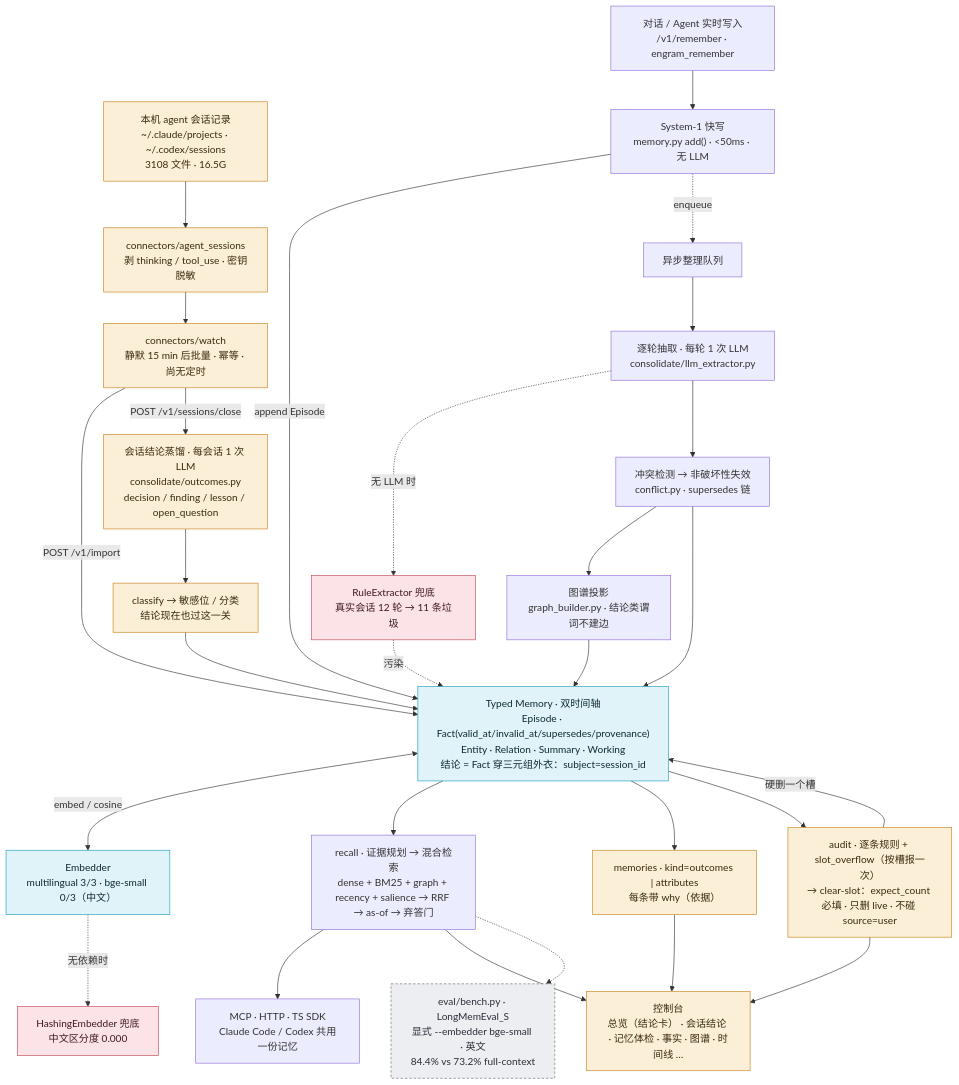
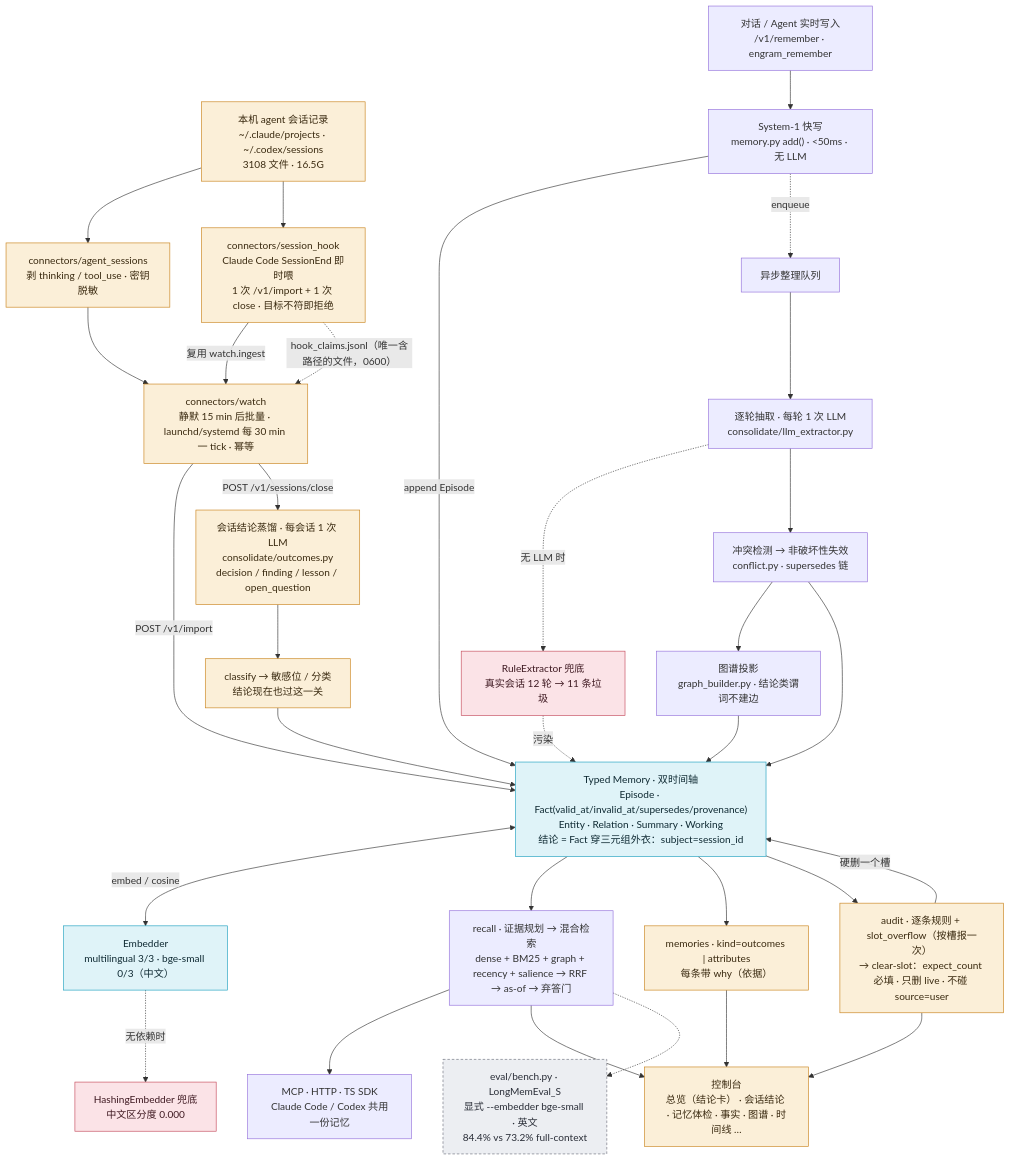
Before and after one commit to ly-wang19/engram: the diagram in docs/architecture-optimization-map.zh-CN.md, drawn with Mermaid. The commit also changed other lines of this file and 10 other files, not shown here.

````diff
--- a/docs/architecture-optimization-map.zh-CN.md
+++ b/docs/architecture-optimization-map.zh-CN.md
@@ -36,68 +36,72 @@
 ```mermaid
 flowchart TD
   SRC_A["对话 / Agent 实时写入<br/>/v1/remember · engram_remember"]
   SRC_B["本机 agent 会话记录<br/>~/.claude/projects · ~/.codex/sessions<br/>3108 文件 · 16.5G"]
 
   S1["System-1 快写<br/>memory.py add() · <50ms · 无 LLM"]
   Q["异步整理队列"]
   EXT["逐轮抽取 · 每轮 1 次 LLM<br/>consolidate/llm_extractor.py"]
   RULE["RuleExtractor 兜底<br/>真实会话 12 轮 → 11 条垃圾"]
 
   PARSE["connectors/agent_sessions<br/>剥 thinking / tool_use · 密钥脱敏"]
-  WATCH["connectors/watch<br/>静默 15 min 后批量 · 幂等 · 尚无定时"]
+  WATCH["connectors/watch<br/>静默 15 min 后批量 · launchd/systemd 每 30 min 一 tick · 幂等"]
+  HOOK["connectors/session_hook<br/>Claude Code SessionEnd 即时喂<br/>1 次 /v1/import + 1 次 close · 目标不符即拒绝"]
   OUT["会话结论蒸馏 · 每会话 1 次 LLM<br/>consolidate/outcomes.py<br/>decision / finding / lesson / open_question"]
 
   CF["冲突检测 → 非破坏性失效<br/>conflict.py · supersedes 链"]
   GB["图谱投影<br/>graph_builder.py · 结论类谓词不建边"]
   CLS["classify → 敏感位 / 分类<br/>结论现在也过这一关"]
 
   CORE["Typed Memory · 双时间轴<br/>Episode · Fact(valid_at/invalid_at/supersedes/provenance)<br/>Entity · Relation · Summary · Working<br/>结论 = Fact 穿三元组外衣：subject=session_id"]
   EMB["Embedder<br/>multilingual 3/3 · bge-small 0/3（中文）"]
   HASH["HashingEmbedder 兜底<br/>中文区分度 0.000"]
 
   RECALL["recall · 证据规划 → 混合检索<br/>dense + BM25 + graph + recency + salience → RRF → as-of → 弃答门"]
   LIST["memories · kind=outcomes | attributes<br/>每条带 why（依据）"]
   AUDIT["audit · 逐条规则 + slot_overflow（按槽报一次）<br/>→ clear-slot：expect_count 必填 · 只删 live · 不碰 source=user"]
 
   CONSOLE["控制台<br/>总览（结论卡） · 会话结论 · 记忆体检 · 事实 · 图谱 · 时间线 …"]
   MCP["MCP · HTTP · TS SDK<br/>Claude Code / Codex 共用一份记忆"]
   BENCH["eval/bench.py · LongMemEval_S<br/>显式 --embedder bge-small · 英文<br/>84.4% vs 73.2% full-context"]
 
   SRC_A --> S1
   S1 -->|"append Episode"| CORE
   S1 -.->|"enqueue"| Q
   Q --> EXT
   EXT -.->|"无 LLM 时"| RULE
   EXT --> CF
   RULE -.->|"污染"| CORE
 
   SRC_B --> PARSE --> WATCH
+  SRC_B --> HOOK
+  HOOK -->|"复用 watch.ingest"| WATCH
+  HOOK -.->|"hook_claims.jsonl（唯一含路径的文件，0600）"| WATCH
   WATCH -->|"POST /v1/import"| CORE
   WATCH -->|"POST /v1/sessions/close"| OUT
   OUT --> CLS --> CORE
   CF --> GB --> CORE
   CF --> CORE
 
   CORE <-->|"embed / cosine"| EMB
   EMB -.->|"无依赖时"| HASH
 
   CORE --> RECALL
   CORE --> LIST
   CORE --> AUDIT
   AUDIT -->|"硬删一个槽"| CORE
 
   RECALL --> MCP
   RECALL --> CONSOLE
   LIST --> CONSOLE
   AUDIT --> CONSOLE
   RECALL -.-> BENCH
 
   classDef core fill:#DFF3F8,stroke:#1B9FBE,color:#0F2A33
   classDef new fill:#FBEFD8,stroke:#C9821A,color:#3A2A10
   classDef hazard fill:#FBE3E7,stroke:#C4485A,color:#3F1A22
   classDef eval fill:#ECEEF2,stroke:#6B6F7C,color:#2A2E38,stroke-dasharray:4 3
   class CORE,EMB core
-  class SRC_B,PARSE,WATCH,OUT,CLS,LIST,AUDIT,CONSOLE new
+  class SRC_B,PARSE,WATCH,HOOK,OUT,CLS,LIST,AUDIT,CONSOLE new
   class RULE,HASH hazard
   class BENCH eval
 ```
````
